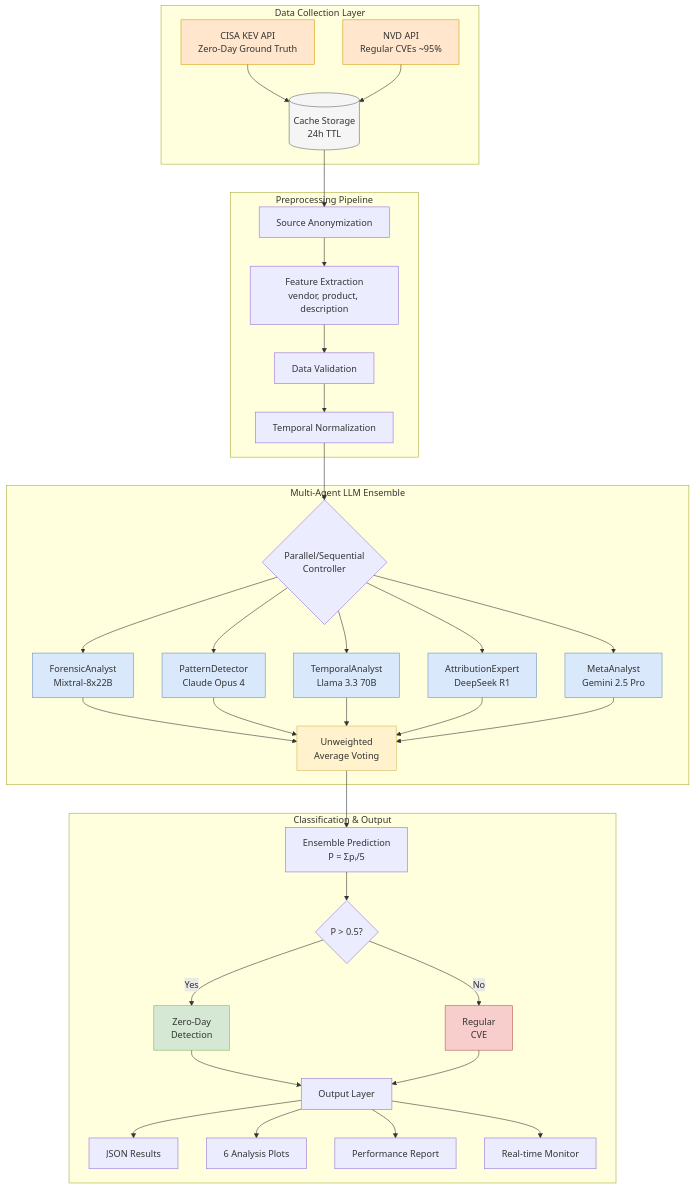
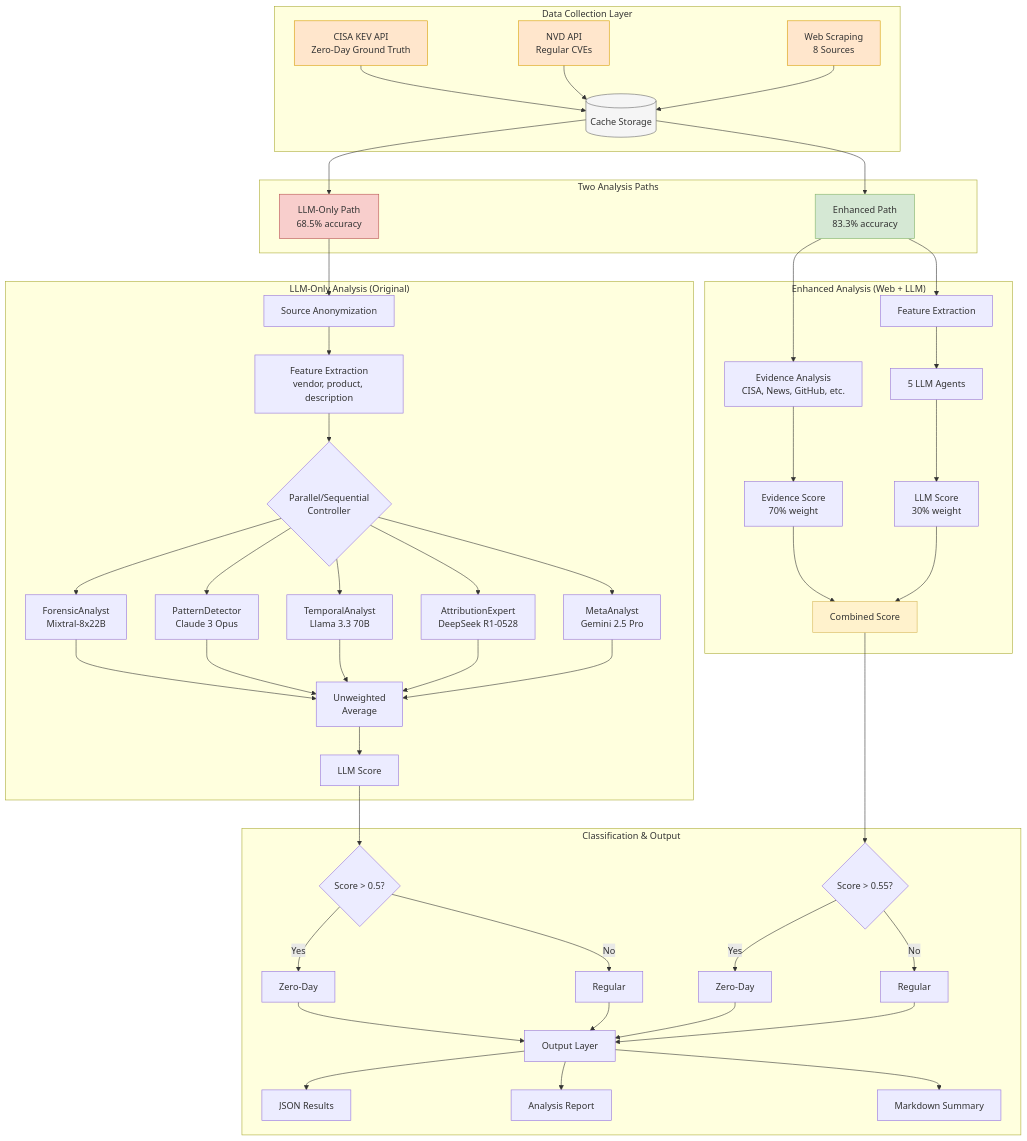
One commit to lodetomasi/zero-day-llm-ensemble changed the first of 2 diagrams in README.md. Above: the diagram before and after it, drawn with Mermaid. The commit also changed other lines of this file, not shown here.

Commit message:
Update README with enhanced analysis details
Clarifies agent model names, updates recommended usage instructions, and expands the technical architecture diagram to distinguish between LLM-only and enhanced analysis paths. Adds details about report outputs and API key requirements, and improves documentation for web scraping and data flow.

````diff
--- a/README.md
+++ b/README.md
@@ -329,62 +335,78 @@
 ```mermaid
 graph TB
     subgraph "Data Collection Layer"
         CISA[CISA KEV API<br/>Zero-Day Ground Truth]
-        NVD[NVD API<br/>Regular CVEs ~95%]
-        Cache[(Cache Storage<br/>24h TTL)]
+        NVD[NVD API<br/>Regular CVEs]
+        Web[Web Scraping<br/>8 Sources]
+        Cache[(Cache Storage)]
         
         CISA --> Cache
         NVD --> Cache
+        Web --> Cache
     end
     
-    subgraph "Preprocessing Pipeline"
-        Cache --> Anon[Source Anonymization]
-        Anon --> Extract[Feature Extraction<br/>vendor, product, description]
-        Extract --> Valid[Data Validation]
-        Valid --> Norm[Temporal Normalization]
+    subgraph "Two Analysis Paths"
+        Cache --> Path1[LLM-Only Path<br/>68.5% accuracy]
+        Cache --> Path2[Enhanced Path<br/>83.3% accuracy]
     end
     
-    subgraph "Multi-Agent LLM Ensemble"
-        Norm --> Control{Parallel/Sequential<br/>Controller}
+    subgraph "LLM-Only Analysis (Original)"
+        Path1 --> Anon[Source Anonymization]
+        Anon --> Extract[Feature Extraction<br/>vendor, product, description]
+        Extract --> Control{Parallel/Sequential<br/>Controller}
         
         Control --> FA[ForensicAnalyst<br/>Mixtral-8x22B]
-        Control --> PD[PatternDetector<br/>Claude Opus 4]
+        Control --> PD[PatternDetector<br/>Claude 3 Opus]
         Control --> TA[TemporalAnalyst<br/>Llama 3.3 70B]
-        Control --> AE[AttributionExpert<br/>DeepSeek R1]
+        Control --> AE[AttributionExpert<br/>DeepSeek R1-0528]
         Control --> MA[MetaAnalyst<br/>Gemini 2.5 Pro]
         
-        FA --> Vote[Unweighted<br/>Average Voting]
+        FA --> Vote[Unweighted<br/>Average]
         PD --> Vote
         TA --> Vote
         AE --> Vote
         MA --> Vote
+        
+        Vote --> LLMScore[LLM Score]
+    end
+    
+    subgraph "Enhanced Analysis (Web + LLM)"
+        Path2 --> Evidence[Evidence Analysis<br/>CISA, News, GitHub, etc.]
+        Evidence --> EvidScore[Evidence Score<br/>70% weight]
+        
+        Path2 --> Extract2[Feature Extraction]
+        Extract2 --> Agents[5 LLM Agents]
+        Agents --> LLMScore2[LLM Score<br/>30% weight]
+        
+        EvidScore --> Combine[Combined Score]
+        LLMScore2 --> Combine
     end
     
     subgraph "Classification & Output"
-        Vote --> Ensemble[Ensemble Prediction<br/>P = Σpᵢ/5]
-        Ensemble --> Thresh{P > 0.5?}
+        LLMScore --> Thresh1{Score > 0.5?}
+        Combine --> Thresh2{Score > 0.55?}
         
-        Thresh -->|Yes| ZD[Zero-Day<br/>Detection]
-        Thresh -->|No| Reg[Regular<br/>CVE]
+        Thresh1 -->|Yes| ZD1[Zero-Day]
+        Thresh1 -->|No| Reg1[Regular]
         
-        ZD --> Output[Output Layer]
-        Reg --> Output
+        Thresh2 -->|Yes| ZD2[Zero-Day]
+        Thresh2 -->|No| Reg2[Regular]
+        
+        ZD1 --> Output[Output Layer]
+        Reg1 --> Output
+        ZD2 --> Output
+        Reg2 --> Output
         
         Output --> JSON[JSON Results]
-        Output --> Plots[6 Analysis Plots]
-        Output --> Report[Performance Report]
-        Output --> Monitor[Real-time Monitor]
+        Output --> Report[Analysis Report]
+        Output --> Summary[Markdown Summary]
     end
     
     style CISA fill:#ffe6cc,stroke:#d79b00
     style NVD fill:#ffe6cc,stroke:#d79b00
+    style Web fill:#ffe6cc,stroke:#d79b00
     style Cache fill:#f5f5f5,stroke:#666666
-    style FA fill:#dae8fc,stroke:#6c8ebf
-    style PD fill:#dae8fc,stroke:#6c8ebf
-    style TA fill:#dae8fc,stroke:#6c8ebf
-    style AE fill:#dae8fc,stroke:#6c8ebf
-    style MA fill:#dae8fc,stroke:#6c8ebf
-    style Vote fill:#fff2cc,stroke:#d6b656
-    style ZD fill:#d5e8d4,stroke:#82b366
-    style Reg fill:#f8cecc,stroke:#b85450
+    style Path1 fill:#f8cecc,stroke:#b85450
+    style Path2 fill:#d5e8d4,stroke:#82b366
+    style Combine fill:#fff2cc,stroke:#d6b656
 ```
````
